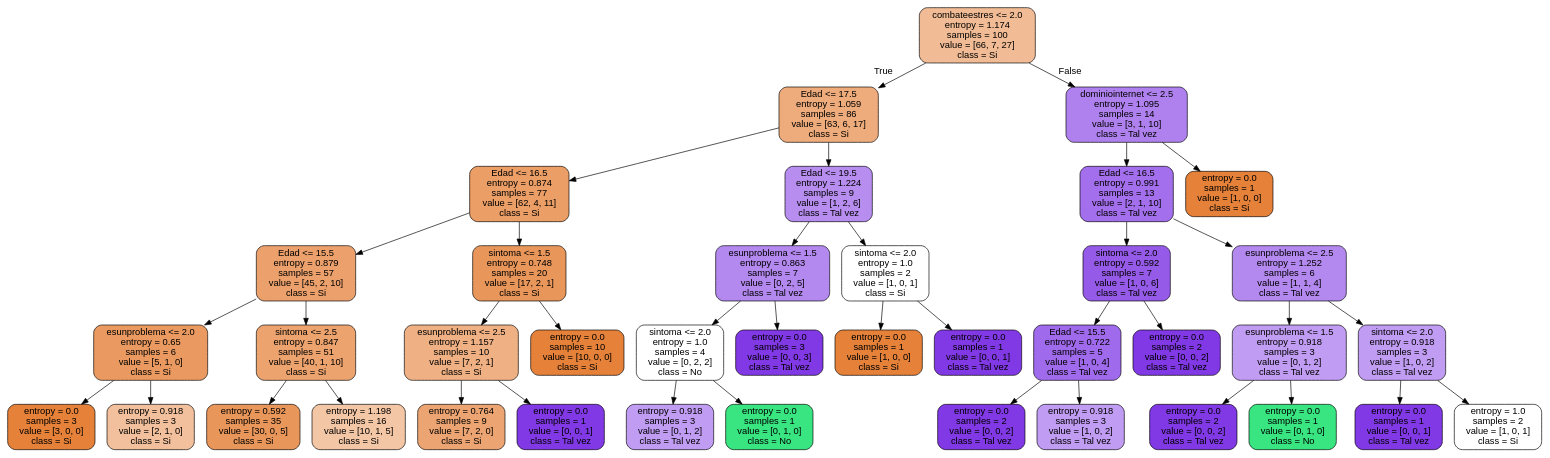
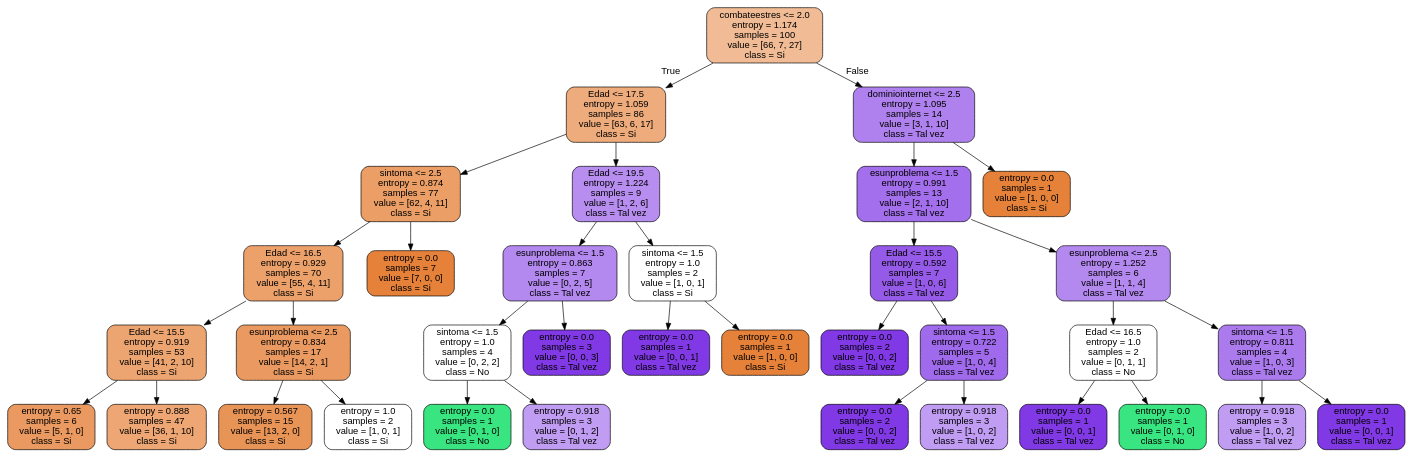
Before and after one commit to Velox-corp/Modulo_python: the diagram in arbol_estres.dot, drawn with Graphviz. The commit also changed 2 other files, not shown here.

```diff
--- a/arbol_estres.dot
+++ b/arbol_estres.dot
@@ -1,81 +1,73 @@
 digraph Tree {
 node [shape=box, style="filled, rounded", color="black", fontname=helvetica] ;
 edge [fontname=helvetica] ;
 0 [label="combateestres <= 2.0\nentropy = 1.174\nsamples = 100\nvalue = [66, 7, 27]\nclass = Si", fillcolor="#f1bc95"] ;
 1 [label="Edad <= 17.5\nentropy = 1.059\nsamples = 86\nvalue = [63, 6, 17]\nclass = Si", fillcolor="#eeab7b"] ;
 0 -> 1 [labeldistance=2.5, labelangle=45, headlabel="True"] ;
-2 [label="Edad <= 16.5\nentropy = 0.874\nsamples = 77\nvalue = [62, 4, 11]\nclass = Si", fillcolor="#eb9e66"] ;
+2 [label="sintoma <= 2.5\nentropy = 0.874\nsamples = 77\nvalue = [62, 4, 11]\nclass = Si", fillcolor="#eb9e66"] ;
 1 -> 2 ;
-3 [label="Edad <= 15.5\nentropy = 0.879\nsamples = 57\nvalue = [45, 2, 10]\nclass = Si", fillcolor="#eca16c"] ;
+3 [label="Edad <= 16.5\nentropy = 0.929\nsamples = 70\nvalue = [55, 4, 11]\nclass = Si", fillcolor="#eca16b"] ;
 2 -> 3 ;
-4 [label="esunproblema <= 2.0\nentropy = 0.65\nsamples = 6\nvalue = [5, 1, 0]\nclass = Si", fillcolor="#ea9a61"] ;
+4 [label="Edad <= 15.5\nentropy = 0.919\nsamples = 53\nvalue = [41, 2, 10]\nclass = Si", fillcolor="#eca470"] ;
 3 -> 4 ;
-5 [label="entropy = 0.0\nsamples = 3\nvalue = [3, 0, 0]\nclass = Si", fillcolor="#e58139"] ;
+5 [label="entropy = 0.65\nsamples = 6\nvalue = [5, 1, 0]\nclass = Si", fillcolor="#ea9a61"] ;
 4 -> 5 ;
-6 [label="entropy = 0.918\nsamples = 3\nvalue = [2, 1, 0]\nclass = Si", fillcolor="#f2c09c"] ;
+6 [label="entropy = 0.888\nsamples = 47\nvalue = [36, 1, 10]\nclass = Si", fillcolor="#eda674"] ;
 4 -> 6 ;
-7 [label="sintoma <= 2.5\nentropy = 0.847\nsamples = 51\nvalue = [40, 1, 10]\nclass = Si", fillcolor="#eca36e"] ;
+7 [label="esunproblema <= 2.5\nentropy = 0.834\nsamples = 17\nvalue = [14, 2, 1]\nclass = Si", fillcolor="#ea9a61"] ;
 3 -> 7 ;
-8 [label="entropy = 0.592\nsamples = 35\nvalue = [30, 0, 5]\nclass = Si", fillcolor="#e9965a"] ;
+8 [label="entropy = 0.567\nsamples = 15\nvalue = [13, 2, 0]\nclass = Si", fillcolor="#e99457"] ;
 7 -> 8 ;
-9 [label="entropy = 1.198\nsamples = 16\nvalue = [10, 1, 5]\nclass = Si", fillcolor="#f3c6a5"] ;
+9 [label="entropy = 1.0\nsamples = 2\nvalue = [1, 0, 1]\nclass = Si", fillcolor="#ffffff"] ;
 7 -> 9 ;
-10 [label="sintoma <= 1.5\nentropy = 0.748\nsamples = 20\nvalue = [17, 2, 1]\nclass = Si", fillcolor="#e9965a"] ;
+10 [label="entropy = 0.0\nsamples = 7\nvalue = [7, 0, 0]\nclass = Si", fillcolor="#e58139"] ;
 2 -> 10 ;
-11 [label="esunproblema <= 2.5\nentropy = 1.157\nsamples = 10\nvalue = [7, 2, 1]\nclass = Si", fillcolor="#efb083"] ;
-10 -> 11 ;
-12 [label="entropy = 0.764\nsamples = 9\nvalue = [7, 2, 0]\nclass = Si", fillcolor="#eca572"] ;
+11 [label="Edad <= 19.5\nentropy = 1.224\nsamples = 9\nvalue = [1, 2, 6]\nclass = Tal vez", fillcolor="#b78ef0"] ;
+1 -> 11 ;
+12 [label="esunproblema <= 1.5\nentropy = 0.863\nsamples = 7\nvalue = [0, 2, 5]\nclass = Tal vez", fillcolor="#b388ef"] ;
 11 -> 12 ;
-13 [label="entropy = 0.0\nsamples = 1\nvalue = [0, 0, 1]\nclass = Tal vez", fillcolor="#8139e5"] ;
-11 -> 13 ;
-14 [label="entropy = 0.0\nsamples = 10\nvalue = [10, 0, 0]\nclass = Si", fillcolor="#e58139"] ;
-10 -> 14 ;
-15 [label="Edad <= 19.5\nentropy = 1.224\nsamples = 9\nvalue = [1, 2, 6]\nclass = Tal vez", fillcolor="#b78ef0"] ;
-1 -> 15 ;
-16 [label="esunproblema <= 1.5\nentropy = 0.863\nsamples = 7\nvalue = [0, 2, 5]\nclass = Tal vez", fillcolor="#b388ef"] ;
-15 -> 16 ;
-17 [label="sintoma <= 2.0\nentropy = 1.0\nsamples = 4\nvalue = [0, 2, 2]\nclass = No", fillcolor="#ffffff"] ;
-16 -> 17 ;
-18 [label="entropy = 0.918\nsamples = 3\nvalue = [0, 1, 2]\nclass = Tal vez", fillcolor="#c09cf2"] ;
+13 [label="sintoma <= 1.5\nentropy = 1.0\nsamples = 4\nvalue = [0, 2, 2]\nclass = No", fillcolor="#ffffff"] ;
+12 -> 13 ;
+14 [label="entropy = 0.0\nsamples = 1\nvalue = [0, 1, 0]\nclass = No", fillcolor="#39e581"] ;
+13 -> 14 ;
+15 [label="entropy = 0.918\nsamples = 3\nvalue = [0, 1, 2]\nclass = Tal vez", fillcolor="#c09cf2"] ;
+13 -> 15 ;
+16 [label="entropy = 0.0\nsamples = 3\nvalue = [0, 0, 3]\nclass = Tal vez", fillcolor="#8139e5"] ;
+12 -> 16 ;
+17 [label="sintoma <= 1.5\nentropy = 1.0\nsamples = 2\nvalue = [1, 0, 1]\nclass = Si", fillcolor="#ffffff"] ;
+11 -> 17 ;
+18 [label="entropy = 0.0\nsamples = 1\nvalue = [0, 0, 1]\nclass = Tal vez", fillcolor="#8139e5"] ;
 17 -> 18 ;
-19 [label="entropy = 0.0\nsamples = 1\nvalue = [0, 1, 0]\nclass = No", fillcolor="#39e581"] ;
+19 [label="entropy = 0.0\nsamples = 1\nvalue = [1, 0, 0]\nclass = Si", fillcolor="#e58139"] ;
 17 -> 19 ;
-20 [label="entropy = 0.0\nsamples = 3\nvalue = [0, 0, 3]\nclass = Tal vez", fillcolor="#8139e5"] ;
-16 -> 20 ;
-21 [label="sintoma <= 2.0\nentropy = 1.0\nsamples = 2\nvalue = [1, 0, 1]\nclass = Si", fillcolor="#ffffff"] ;
-15 -> 21 ;
-22 [label="entropy = 0.0\nsamples = 1\nvalue = [1, 0, 0]\nclass = Si", fillcolor="#e58139"] ;
+20 [label="dominiointernet <= 2.5\nentropy = 1.095\nsamples = 14\nvalue = [3, 1, 10]\nclass = Tal vez", fillcolor="#af81ee"] ;
+0 -> 20 [labeldistance=2.5, labelangle=-45, headlabel="False"] ;
+21 [label="esunproblema <= 1.5\nentropy = 0.991\nsamples = 13\nvalue = [2, 1, 10]\nclass = Tal vez", fillcolor="#a36fec"] ;
+20 -> 21 ;
+22 [label="Edad <= 15.5\nentropy = 0.592\nsamples = 7\nvalue = [1, 0, 6]\nclass = Tal vez", fillcolor="#965ae9"] ;
 21 -> 22 ;
-23 [label="entropy = 0.0\nsamples = 1\nvalue = [0, 0, 1]\nclass = Tal vez", fillcolor="#8139e5"] ;
-21 -> 23 ;
-24 [label="dominiointernet <= 2.5\nentropy = 1.095\nsamples = 14\nvalue = [3, 1, 10]\nclass = Tal vez", fillcolor="#af81ee"] ;
-0 -> 24 [labeldistance=2.5, labelangle=-45, headlabel="False"] ;
-25 [label="Edad <= 16.5\nentropy = 0.991\nsamples = 13\nvalue = [2, 1, 10]\nclass = Tal vez", fillcolor="#a36fec"] ;
+23 [label="entropy = 0.0\nsamples = 2\nvalue = [0, 0, 2]\nclass = Tal vez", fillcolor="#8139e5"] ;
+22 -> 23 ;
+24 [label="sintoma <= 1.5\nentropy = 0.722\nsamples = 5\nvalue = [1, 0, 4]\nclass = Tal vez", fillcolor="#a06aec"] ;
+22 -> 24 ;
+25 [label="entropy = 0.0\nsamples = 2\nvalue = [0, 0, 2]\nclass = Tal vez", fillcolor="#8139e5"] ;
 24 -> 25 ;
-26 [label="sintoma <= 2.0\nentropy = 0.592\nsamples = 7\nvalue = [1, 0, 6]\nclass = Tal vez", fillcolor="#965ae9"] ;
-25 -> 26 ;
-27 [label="Edad <= 15.5\nentropy = 0.722\nsamples = 5\nvalue = [1, 0, 4]\nclass = Tal vez", fillcolor="#a06aec"] ;
-26 -> 27 ;
-28 [label="entropy = 0.0\nsamples = 2\nvalue = [0, 0, 2]\nclass = Tal vez", fillcolor="#8139e5"] ;
+26 [label="entropy = 0.918\nsamples = 3\nvalue = [1, 0, 2]\nclass = Tal vez", fillcolor="#c09cf2"] ;
+24 -> 26 ;
+27 [label="esunproblema <= 2.5\nentropy = 1.252\nsamples = 6\nvalue = [1, 1, 4]\nclass = Tal vez", fillcolor="#b388ef"] ;
+21 -> 27 ;
+28 [label="Edad <= 16.5\nentropy = 1.0\nsamples = 2\nvalue = [0, 1, 1]\nclass = No", fillcolor="#ffffff"] ;
 27 -> 28 ;
-29 [label="entropy = 0.918\nsamples = 3\nvalue = [1, 0, 2]\nclass = Tal vez", fillcolor="#c09cf2"] ;
-27 -> 29 ;
-30 [label="entropy = 0.0\nsamples = 2\nvalue = [0, 0, 2]\nclass = Tal vez", fillcolor="#8139e5"] ;
-26 -> 30 ;
-31 [label="esunproblema <= 2.5\nentropy = 1.252\nsamples = 6\nvalue = [1, 1, 4]\nclass = Tal vez", fillcolor="#b388ef"] ;
-25 -> 31 ;
-32 [label="esunproblema <= 1.5\nentropy = 0.918\nsamples = 3\nvalue = [0, 1, 2]\nclass = Tal vez", fillcolor="#c09cf2"] ;
+29 [label="entropy = 0.0\nsamples = 1\nvalue = [0, 0, 1]\nclass = Tal vez", fillcolor="#8139e5"] ;
+28 -> 29 ;
+30 [label="entropy = 0.0\nsamples = 1\nvalue = [0, 1, 0]\nclass = No", fillcolor="#39e581"] ;
+28 -> 30 ;
+31 [label="sintoma <= 1.5\nentropy = 0.811\nsamples = 4\nvalue = [1, 0, 3]\nclass = Tal vez", fillcolor="#ab7bee"] ;
+27 -> 31 ;
+32 [label="entropy = 0.918\nsamples = 3\nvalue = [1, 0, 2]\nclass = Tal vez", fillcolor="#c09cf2"] ;
 31 -> 32 ;
-33 [label="entropy = 0.0\nsamples = 2\nvalue = [0, 0, 2]\nclass = Tal vez", fillcolor="#8139e5"] ;
-32 -> 33 ;
-34 [label="entropy = 0.0\nsamples = 1\nvalue = [0, 1, 0]\nclass = No", fillcolor="#39e581"] ;
-32 -> 34 ;
-35 [label="sintoma <= 2.0\nentropy = 0.918\nsamples = 3\nvalue = [1, 0, 2]\nclass = Tal vez", fillcolor="#c09cf2"] ;
-31 -> 35 ;
-36 [label="entropy = 0.0\nsamples = 1\nvalue = [0, 0, 1]\nclass = Tal vez", fillcolor="#8139e5"] ;
-35 -> 36 ;
-37 [label="entropy = 1.0\nsamples = 2\nvalue = [1, 0, 1]\nclass = Si", fillcolor="#ffffff"] ;
-35 -> 37 ;
-38 [label="entropy = 0.0\nsamples = 1\nvalue = [1, 0, 0]\nclass = Si", fillcolor="#e58139"] ;
-24 -> 38 ;
+33 [label="entropy = 0.0\nsamples = 1\nvalue = [0, 0, 1]\nclass = Tal vez", fillcolor="#8139e5"] ;
+31 -> 33 ;
+34 [label="entropy = 0.0\nsamples = 1\nvalue = [1, 0, 0]\nclass = Si", fillcolor="#e58139"] ;
+20 -> 34 ;
 }
```
